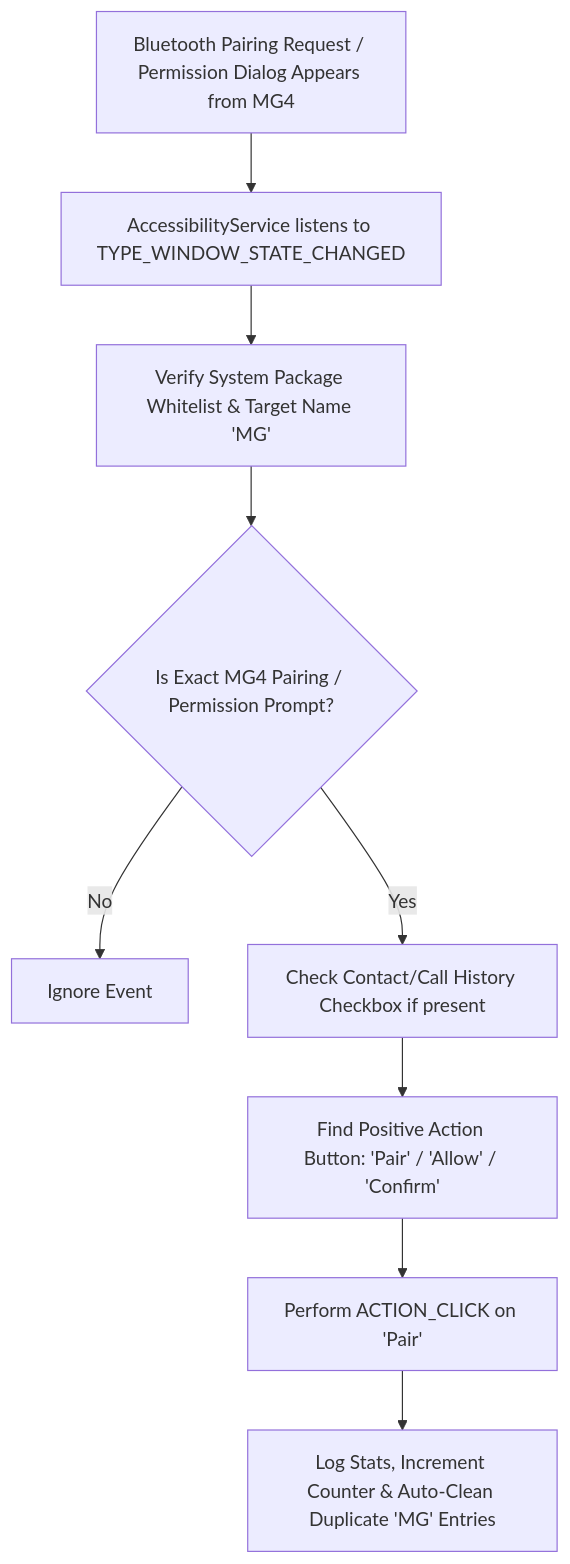
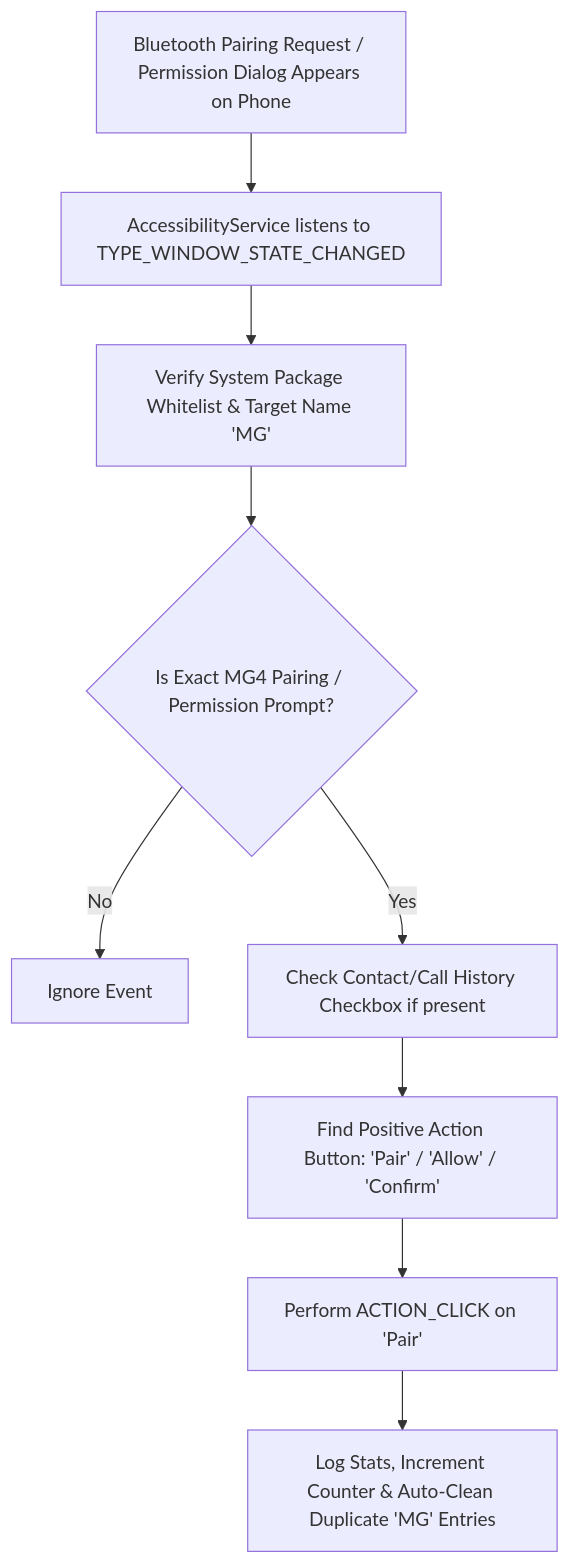
The diagram in README.md (selvaruban/MG4BLEfix), drawn with Mermaid before and after one commit. The commit also changed other lines of this file, not shown here.

````diff
--- a/README.md
+++ b/README.md
@@ -79,11 +86,11 @@
 ```mermaid
 graph TD
-    A[Bluetooth Pairing Request / Permission Dialog Appears from MG4] --> B[AccessibilityService listens to TYPE_WINDOW_STATE_CHANGED]
+    A[Bluetooth Pairing Request / Permission Dialog Appears on Phone] --> B[AccessibilityService listens to TYPE_WINDOW_STATE_CHANGED]
     B --> C[Verify System Package Whitelist & Target Name 'MG']
     C --> D{Is Exact MG4 Pairing / Permission Prompt?}
     D -- No --> E[Ignore Event]
     D -- Yes --> F[Check Contact/Call History Checkbox if present]
     F --> G[Find Positive Action Button: 'Pair' / 'Allow' / 'Confirm']
     G --> H[Perform ACTION_CLICK on 'Pair']
     H --> I[Log Stats, Increment Counter & Auto-Clean Duplicate 'MG' Entries]
 ```
````
